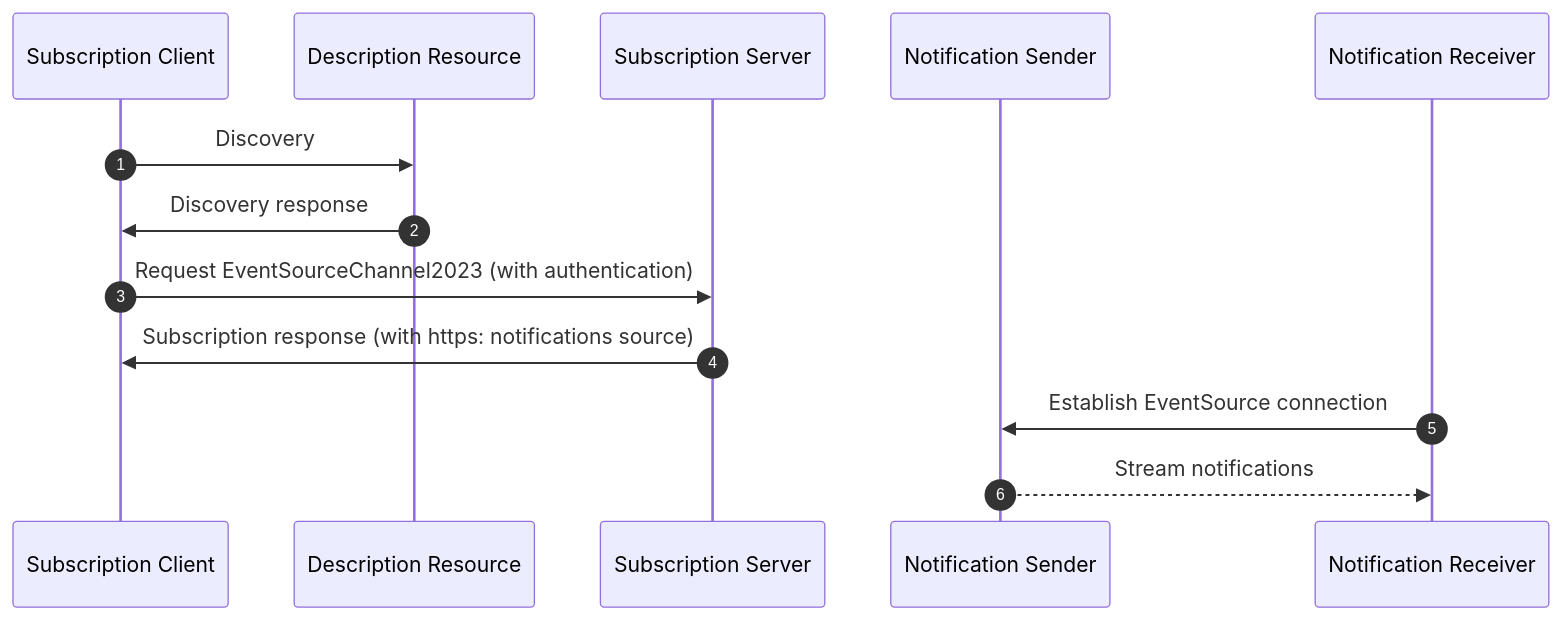
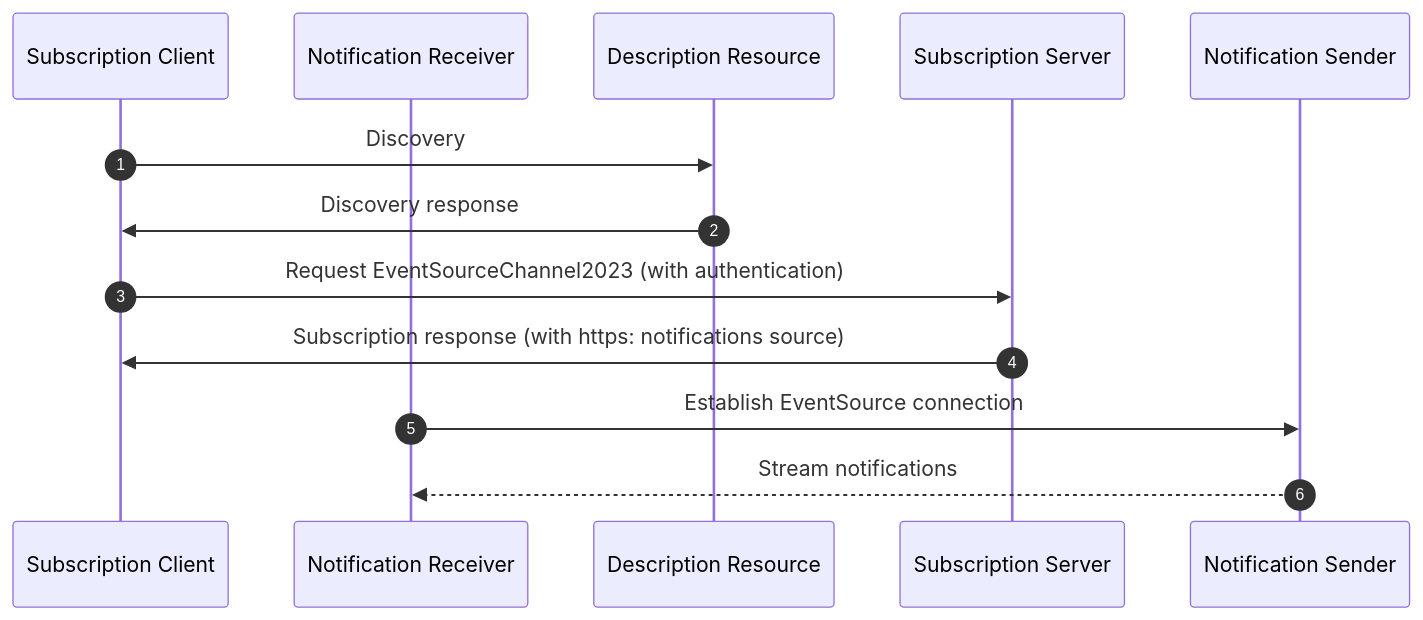
The diagram in eventsource-channel-2023-flow.mmd (solid/notifications), drawn with Mermaid before and after one commit.

```diff
--- a/eventsource-channel-2023-flow.mmd
+++ b/eventsource-channel-2023-flow.mmd
@@ -1,13 +1,14 @@
 sequenceDiagram
   autonumber
   participant Subscription Client
+  participant Notification Receiver
   participant Description Resource
   participant Subscription Server
   participant Notification Sender
 
   Subscription Client ->> Description Resource: Discovery
   Description Resource ->> Subscription Client: Discovery response
   Subscription Client ->> Subscription Server: Request EventSourceChannel2023 (with authentication)
   Subscription Server ->> Subscription Client: Subscription response (with https: notifications source)
   Notification Receiver ->> Notification Sender: Establish EventSource connection
   Notification Sender -->> Notification Receiver: Stream notifications
```
